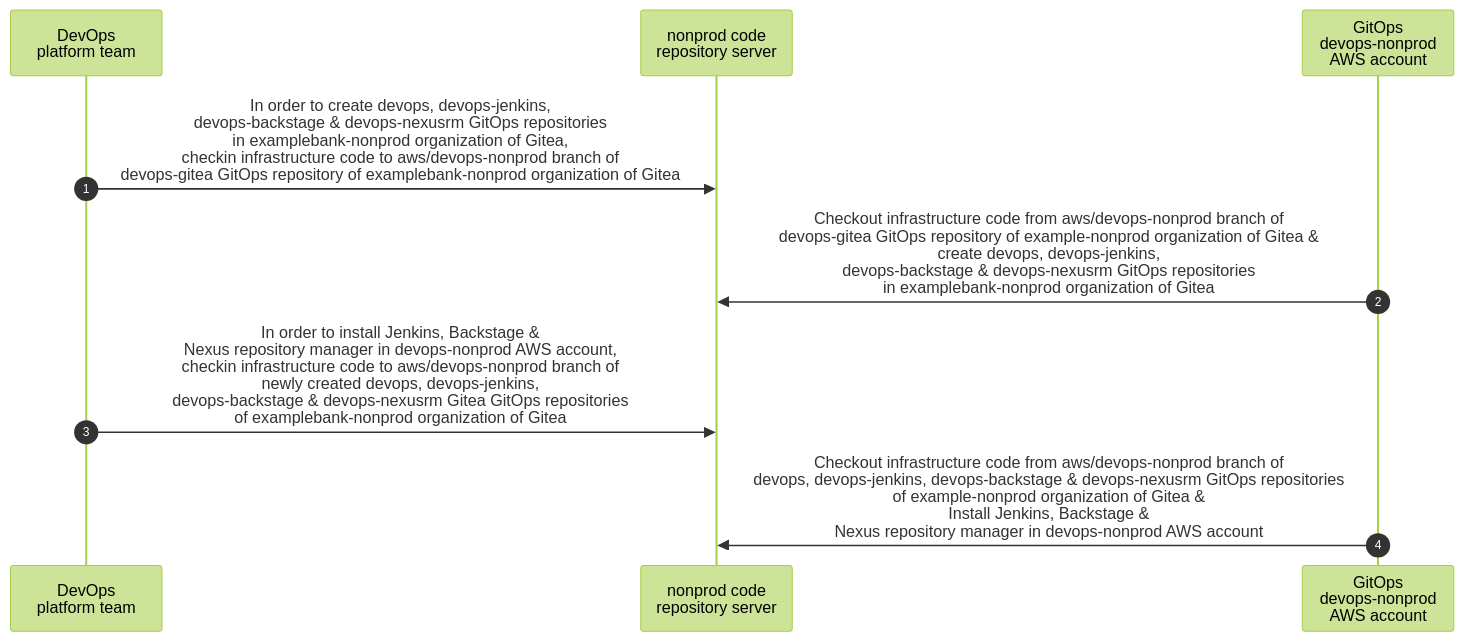
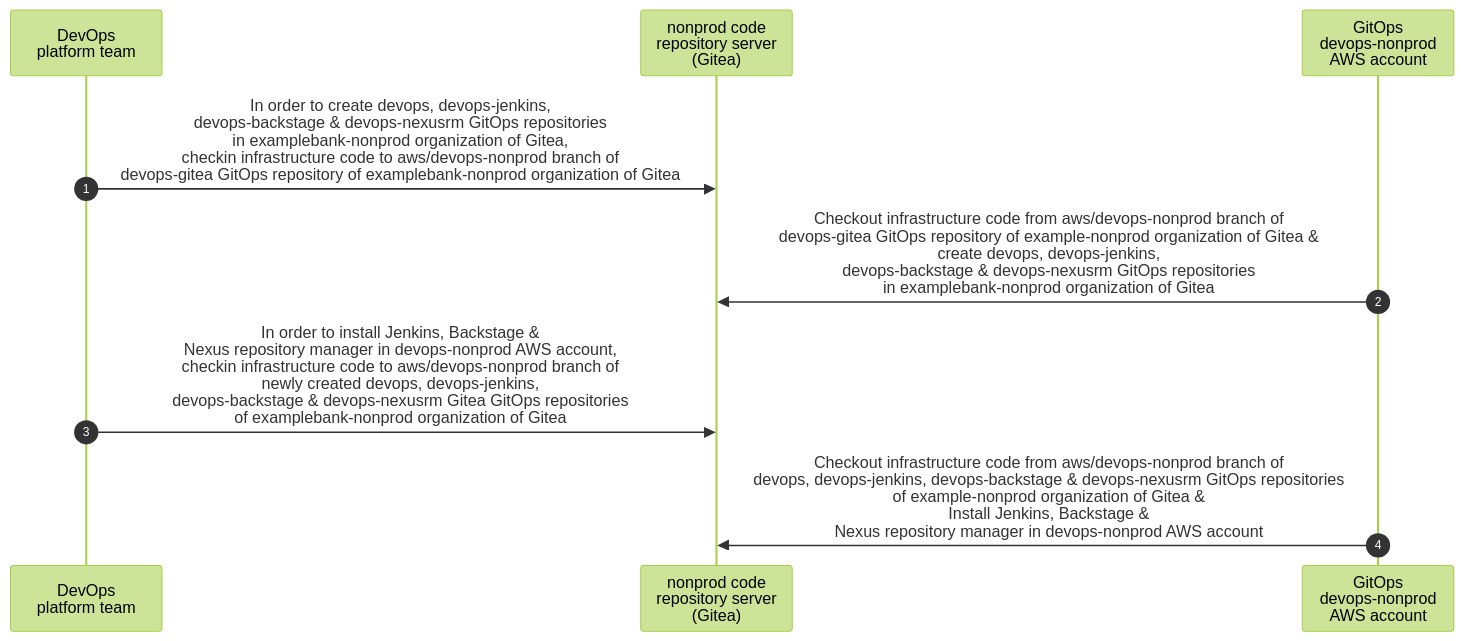
One commit to devopscodegen/architecture changed the eighth of 9 diagrams in docs/pages/docs/design.md. Above: the diagram before and after it, drawn with Mermaid (forest theme). The commit also changed other lines of this file, not shown here.

````diff
--- a/docs/pages/docs/design.md
+++ b/docs/pages/docs/design.md
@@ -506,11 +506,11 @@
 ```mermaid
 sequenceDiagram
   autonumber
   participant devops_platform_team as DevOps<br>platform team
-  participant nonprod_code_repository_server as nonprod code <br>repository server
+  participant nonprod_code_repository_server_gitea as nonprod code <br>repository server<br>(Gitea)
   participant gitops_devops_nonprod_aws_account as GitOps<br>devops-nonprod <br>AWS account
-  devops_platform_team->>nonprod_code_repository_server : In order to create devops, devops-jenkins, <br>devops-backstage & devops-nexusrm GitOps repositories <br>in examplebank-nonprod organization of Gitea,<br> checkin infrastructure code to aws/devops-nonprod branch of <br>devops-gitea GitOps repository of examplebank-nonprod organization of Gitea
-  gitops_devops_nonprod_aws_account->>nonprod_code_repository_server : Checkout infrastructure code from aws/devops-nonprod branch of <br>devops-gitea GitOps repository of example-nonprod organization of Gitea &<br> create devops, devops-jenkins,<br> devops-backstage & devops-nexusrm GitOps repositories <br>in examplebank-nonprod organization of Gitea
-  devops_platform_team->>nonprod_code_repository_server : In order to install Jenkins, Backstage &<br> Nexus repository manager in devops-nonprod AWS account,<br> checkin infrastructure code to aws/devops-nonprod branch of <br>newly created devops, devops-jenkins,<br> devops-backstage & devops-nexusrm Gitea GitOps repositories<br> of examplebank-nonprod organization of Gitea
-  gitops_devops_nonprod_aws_account->>nonprod_code_repository_server : Checkout infrastructure code from aws/devops-nonprod branch of <br>devops, devops-jenkins, devops-backstage & devops-nexusrm GitOps repositories<br> of example-nonprod organization of Gitea &<br>Install Jenkins, Backstage &<br> Nexus repository manager in devops-nonprod AWS account
+  devops_platform_team->>nonprod_code_repository_server_gitea : In order to create devops, devops-jenkins, <br>devops-backstage & devops-nexusrm GitOps repositories <br>in examplebank-nonprod organization of Gitea,<br> checkin infrastructure code to aws/devops-nonprod branch of <br>devops-gitea GitOps repository of examplebank-nonprod organization of Gitea
+  gitops_devops_nonprod_aws_account->>nonprod_code_repository_server_gitea : Checkout infrastructure code from aws/devops-nonprod branch of <br>devops-gitea GitOps repository of example-nonprod organization of Gitea &<br> create devops, devops-jenkins,<br> devops-backstage & devops-nexusrm GitOps repositories <br>in examplebank-nonprod organization of Gitea
+  devops_platform_team->>nonprod_code_repository_server_gitea : In order to install Jenkins, Backstage &<br> Nexus repository manager in devops-nonprod AWS account,<br> checkin infrastructure code to aws/devops-nonprod branch of <br>newly created devops, devops-jenkins,<br> devops-backstage & devops-nexusrm Gitea GitOps repositories<br> of examplebank-nonprod organization of Gitea
+  gitops_devops_nonprod_aws_account->>nonprod_code_repository_server_gitea : Checkout infrastructure code from aws/devops-nonprod branch of <br>devops, devops-jenkins, devops-backstage & devops-nexusrm GitOps repositories<br> of example-nonprod organization of Gitea &<br>Install Jenkins, Backstage &<br> Nexus repository manager in devops-nonprod AWS account
 ```
````
